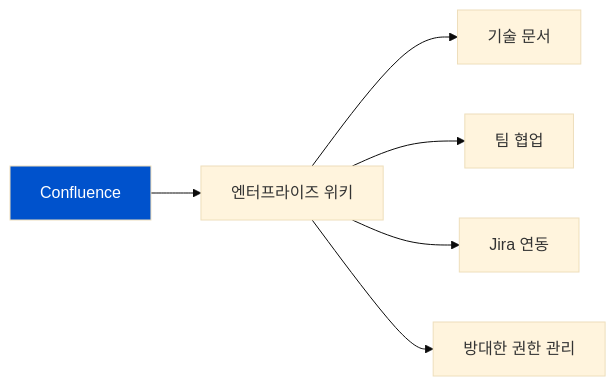
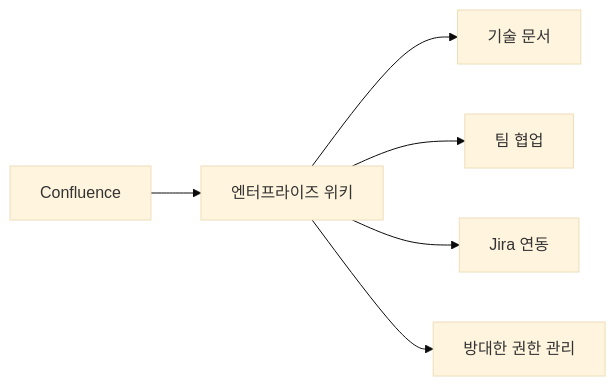
One commit to nugurejeil/weniVooks changed the fourth of 20 diagrams in _md/genai-notion/chapter06/06-2.md. Above: the diagram before and after it, drawn with Mermaid (base theme). The commit also changed other lines of this file and 187 other files, not shown here.

````diff
--- a/_md/genai-notion/chapter06/06-2.md
+++ b/_md/genai-notion/chapter06/06-2.md
@@ -136,11 +135,9 @@
 ```mermaid
 graph LR
     A[Confluence] --> B[엔터프라이즈 위키]
 
     B --> B1[기술 문서]
     B --> B2[팀 협업]
     B --> B3[Jira 연동]
     B --> B4[방대한 권한 관리]
-
-    style A fill:#0052CC,color:#fff
 ```
````
